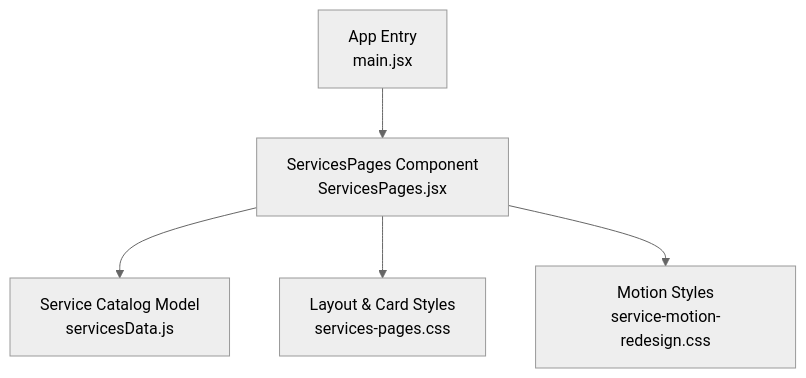
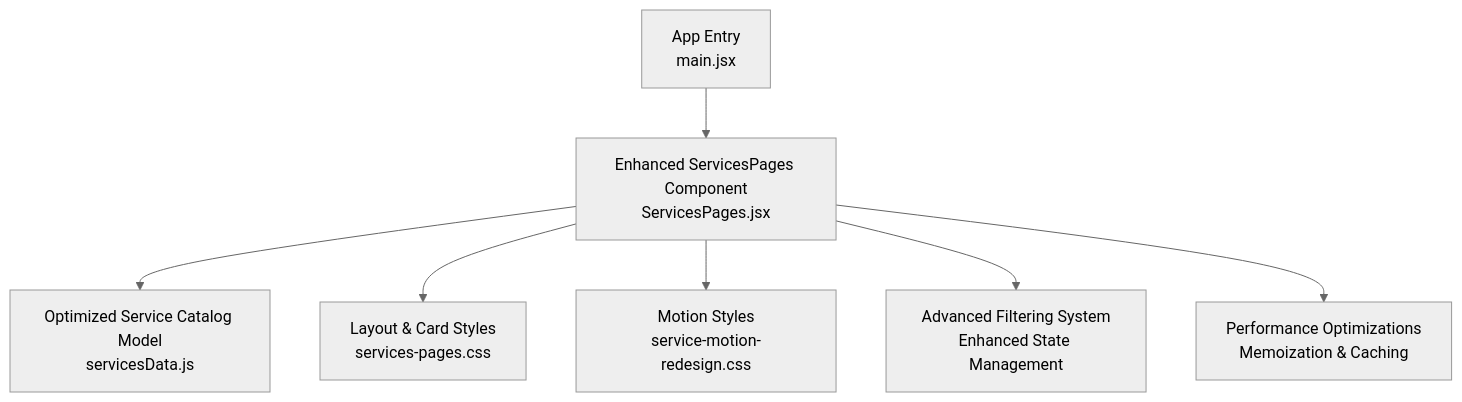
The first of 4 diagrams in .qoder/repowiki/en/content/Component Architecture/Service Management Components.md (Theja4/podiummomentum), drawn with Mermaid (neutral theme) before and after one commit. The commit also changed other lines of this file and 35 other files, not shown here.

````diff
--- a/.qoder/repowiki/en/content/Component Architecture/Service Management Components.md
+++ b/.qoder/repowiki/en/content/Component Architecture/Service Management Components.md
@@ -34,7 +42,9 @@
 ```mermaid
 graph TB
-Entry["App Entry<br/>main.jsx"] --> SP["ServicesPages Component<br/>ServicesPages.jsx"]
-SP --> Data["Service Catalog Model<br/>servicesData.js"]
+Entry["App Entry<br/>main.jsx"] --> SP["Enhanced ServicesPages Component<br/>ServicesPages.jsx"]
+SP --> Data["Optimized Service Catalog Model<br/>servicesData.js"]
 SP --> StylesA["Layout & Card Styles<br/>services-pages.css"]
 SP --> StylesB["Motion Styles<br/>service-motion-redesign.css"]
+SP --> Filters["Advanced Filtering System<br/>Enhanced State Management"]
+SP --> Performance["Performance Optimizations<br/>Memoization & Caching"]
 ```
````
